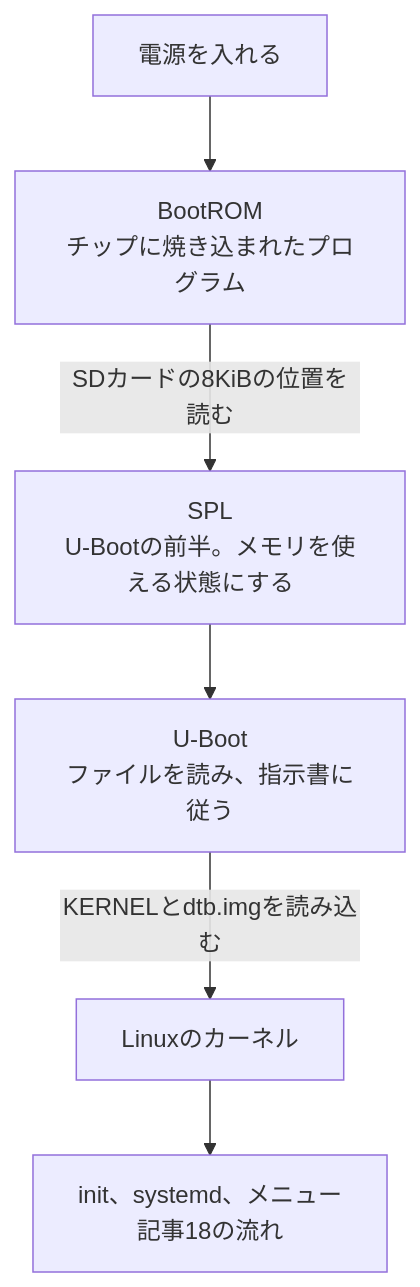
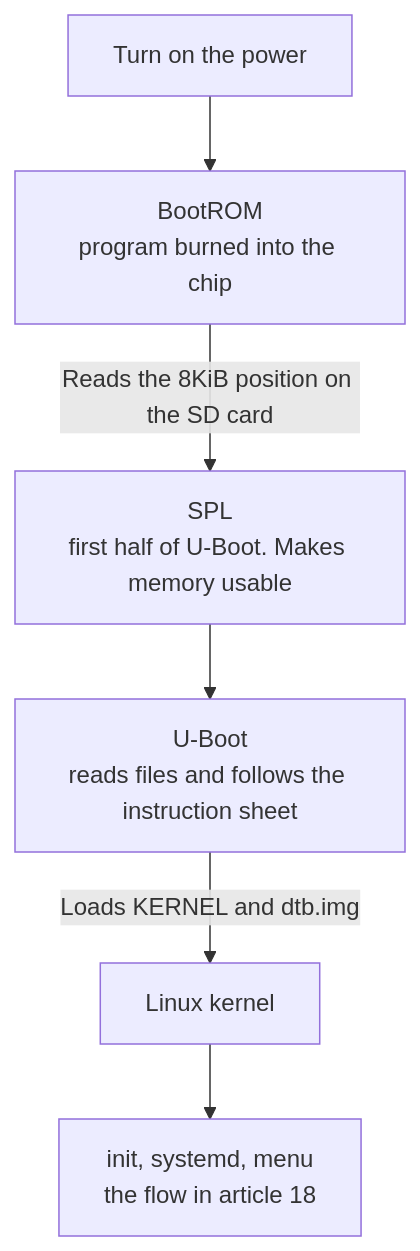
One commit to kiwamizamurai/gaming changed the first of 2 diagrams in articles/19-boot.md. Above: the diagram before and after it, drawn with Mermaid. The commit also changed other lines of this file and 46 other files, not shown here.

````diff
--- a/articles/19-boot.md
+++ b/articles/19-boot.md
@@ -17,8 +17,8 @@
 ```mermaid
 flowchart TD
-    A[電源を入れる] --> B[BootROM<br>チップに焼き込まれたプログラム]
-    B -->|SDカードの8KiBの位置を読む| C[SPL<br>U-Bootの前半。メモリを使える状態にする]
-    C --> D[U-Boot<br>ファイルを読み、指示書に従う]
-    D -->|KERNELとdtb.imgを読み込む| E[Linuxのカーネル]
-    E --> F[init、systemd、メニュー<br>記事18の流れ]
+    A[Turn on the power] --> B[BootROM<br>program burned into the chip]
+    B -->|Reads the 8KiB position on the SD card| C[SPL<br>first half of U-Boot. Makes memory usable]
+    C --> D[U-Boot<br>reads files and follows the instruction sheet]
+    D -->|Loads KERNEL and dtb.img| E[Linux kernel]
+    E --> F[init, systemd, menu<br>the flow in article 18]
 ```
````
